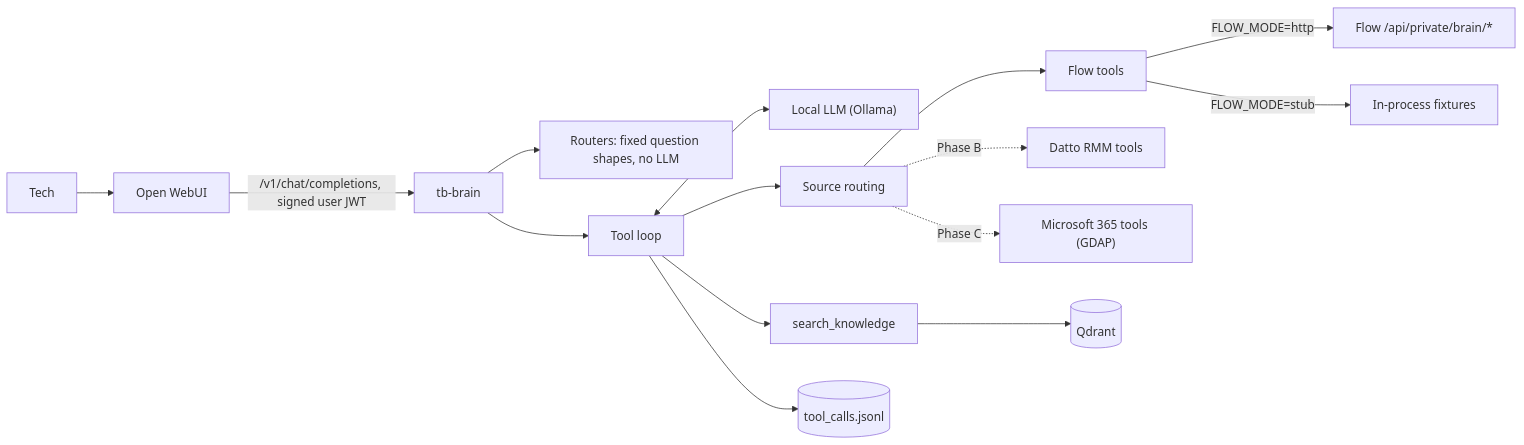
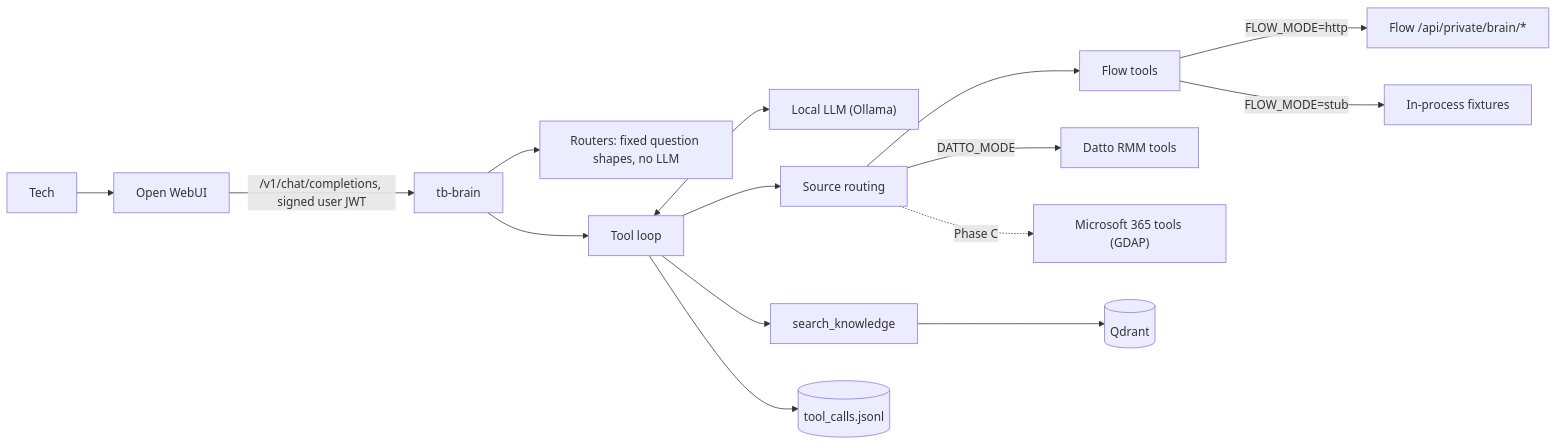
One commit to Tre-Seibert/TechBldrs-Brain changed the diagram in README.md. Above: the diagram before and after it, drawn with Mermaid. The commit also changed other lines of this file and 36 other files, not shown here.

````diff
--- a/README.md
+++ b/README.md
@@ -47,17 +48,17 @@
 ```mermaid
 flowchart LR
   tech[Tech] --> webui[Open WebUI]
   webui -->|"/v1/chat/completions, signed user JWT"| brain[tb-brain]
   brain --> routers["Routers: fixed question shapes, no LLM"]
   brain --> loop["Tool loop"]
   loop <--> llm["Local LLM (Ollama)"]
   loop --> routing["Source routing"]
   routing --> flow["Flow tools"]
-  routing -.->|"Phase B"| datto["Datto RMM tools"]
+  routing -->|"DATTO_MODE"| datto["Datto RMM tools"]
   routing -.->|"Phase C"| m365["Microsoft 365 tools (GDAP)"]
   loop --> knowledge["search_knowledge"]
   flow -->|"FLOW_MODE=http"| flowapi["Flow /api/private/brain/*"]
   flow -->|"FLOW_MODE=stub"| fixtures["In-process fixtures"]
   knowledge --> qdrant[(Qdrant)]
   loop --> audit[("tool_calls.jsonl")]
 ```
````
